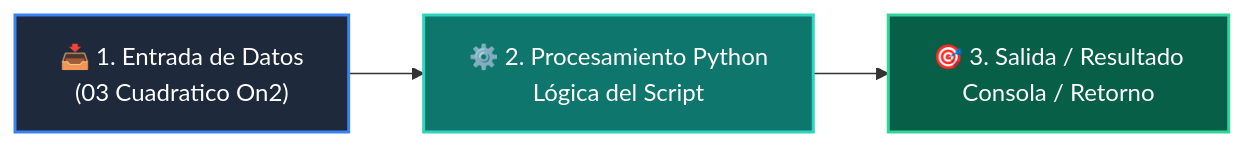
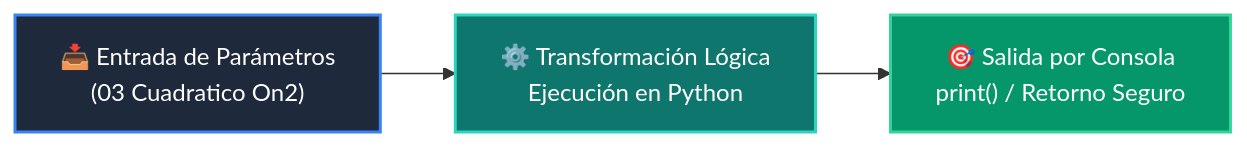
One commit to wisrovi/wisrovi-python changed the diagram in 02-algoritmos-estructuras/clase-01-analisis-complejidad-big-o/ejemplos/ejemplo_03_cuadratico_on2/README.md. Above: the diagram before and after it, drawn with Mermaid. The commit also changed other lines of this file and 226 other files, not shown here.

Commit message:
docs: elevate all repository READMEs to world-class mastery standard with rich pedagogical architecture, custom Mermaids, and professional styling

````diff
--- a/02-algoritmos-estructuras/clase-01-analisis-complejidad-big-o/ejemplos/ejemplo_03_cuadratico_on2/README.md
+++ b/02-algoritmos-estructuras/clase-01-analisis-complejidad-big-o/ejemplos/ejemplo_03_cuadratico_on2/README.md
@@ -12,9 +19,9 @@
 ```mermaid
 flowchart LR
-    A["📥 1. Entrada de Datos<br/>(03 Cuadratico On2)"] --> B["⚙️ 2. Procesamiento Python<br/>Lógica del Script"]
-    B --> C["🎯 3. Salida / Resultado<br/>Consola / Retorno"]
+    A["📥 Entrada de Parámetros<br/>(03 Cuadratico On2)"] --> B["⚙️ Transformación Lógica<br/>Ejecución en Python"]
+    B --> C["🎯 Salida por Consola<br/>print() / Retorno Seguro"]
 
-    style A fill:#1e293b,color:#fff,stroke:#3b82f6,stroke-width:2px
-    style B fill:#0f766e,color:#fff,stroke:#2dd4bf,stroke-width:2px
-    style C fill:#065f46,color:#fff,stroke:#34d399,stroke-width:2px
+    style A fill:#1e293b,color:#ffffff,stroke:#3b82f6,stroke-width:2px
+    style B fill:#0f766e,color:#ffffff,stroke:#2dd4bf,stroke-width:2px
+    style C fill:#059669,color:#ffffff,stroke:#34d399,stroke-width:2px
 ```
````
